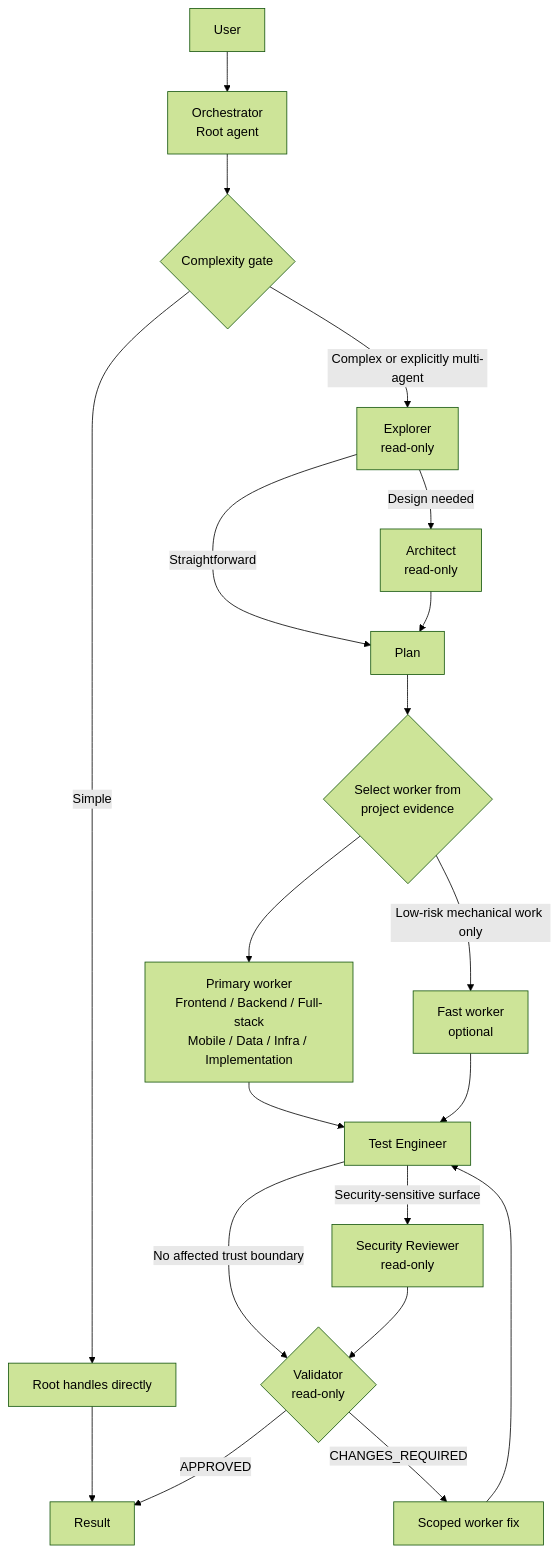
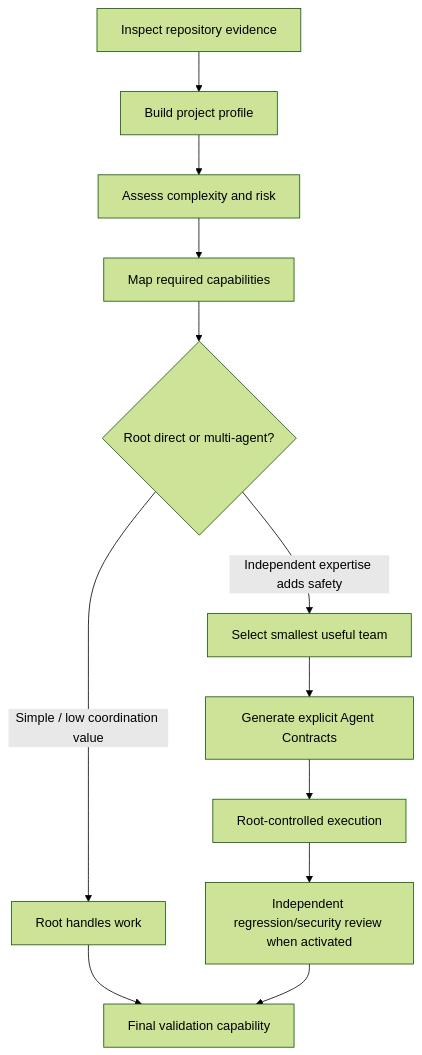
The diagram in README.md (sherafat79/codex-agent-team), drawn with Mermaid (forest theme) before and after one commit. The commit also changed other lines of this file and 9 other files, not shown here.

First line of the commit message:
Refactor agent team validation script and enhance capability model

````diff
--- a/README.md
+++ b/README.md
@@ -22,27 +26,14 @@
 ```mermaid
 flowchart TD
-    U["User"] --> R["Orchestrator<br/>Root agent"]
-    R --> G{"Complexity gate"}
-
-    G -->|Simple| D["Root handles directly"]
-    D --> O["Result"]
-
-    G -->|Complex or explicitly multi-agent| E["Explorer<br/>read-only"]
-    E -->|Design needed| A["Architect<br/>read-only"]
-    E -->|Straightforward| P["Plan"]
-    A --> P
-
-    P --> W{"Select worker from<br/>project evidence"}
-    W --> PW["Primary worker<br/>Frontend / Backend / Full-stack<br/>Mobile / Data / Infra / Implementation"]
-    W -->|Low-risk mechanical work only| FW["Fast worker<br/>optional"]
-
-    PW --> T["Test Engineer"]
-    FW --> T
-    T -->|Security-sensitive surface| S["Security Reviewer<br/>read-only"]
-    T -->|No affected trust boundary| V{"Validator<br/>read-only"}
-    S --> V
-
-    V -->|APPROVED| O
-    V -->|CHANGES_REQUIRED| F["Scoped worker fix"]
-    F --> T
+    E["Inspect repository evidence"] --> P["Build project profile"]
+    P --> C["Assess complexity and risk"]
+    C --> M["Map required capabilities"]
+    M --> G{"Root direct or multi-agent?"}
+    G -->|"Simple / low coordination value"| R["Root handles work"]
+    G -->|"Independent expertise adds safety"| T["Select smallest useful team"]
+    T --> A["Generate explicit Agent Contracts"]
+    A --> O["Root-controlled execution"]
+    O --> X["Independent regression/security review when activated"]
+    R --> V["Final validation capability"]
+    X --> V
 ```
````
